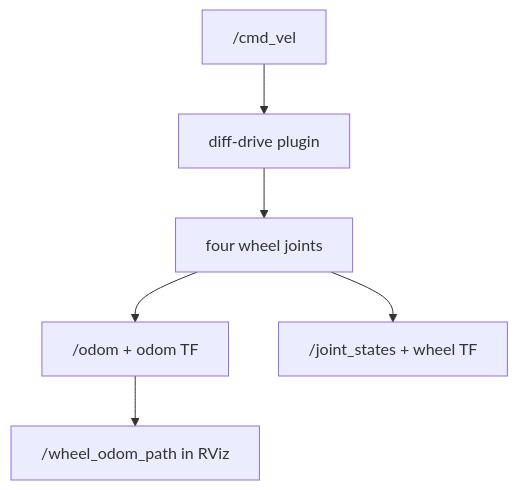
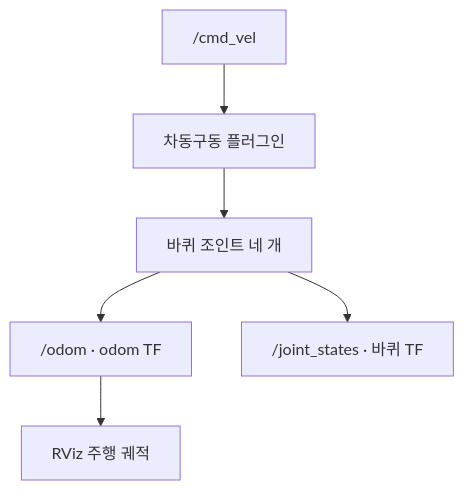
Before and after one commit to kimhoyun-robotair/robotics-sim-tutorial-kr: the first of 2 diagrams in docs/04_rover.md, drawn with Mermaid. The commit also changed other lines of this file and 66 other files, not shown here.

````diff
--- a/docs/04_rover.md
+++ b/docs/04_rover.md
@@ -213,8 +214,8 @@
 ```mermaid
 flowchart TB
-  C["/cmd_vel"] --> D["diff-drive plugin"]
-  D --> J["four wheel joints"]
-  J --> O["/odom + odom TF"]
-  J --> S["/joint_states + wheel TF"]
-  O --> P["/wheel_odom_path in RViz"]
+  C["/cmd_vel"] --> D["차동구동 플러그인"]
+  D --> J["바퀴 조인트 네 개"]
+  J --> O["/odom · odom TF"]
+  J --> S["/joint_states · 바퀴 TF"]
+  O --> P["RViz 주행 궤적"]
 ```
````
